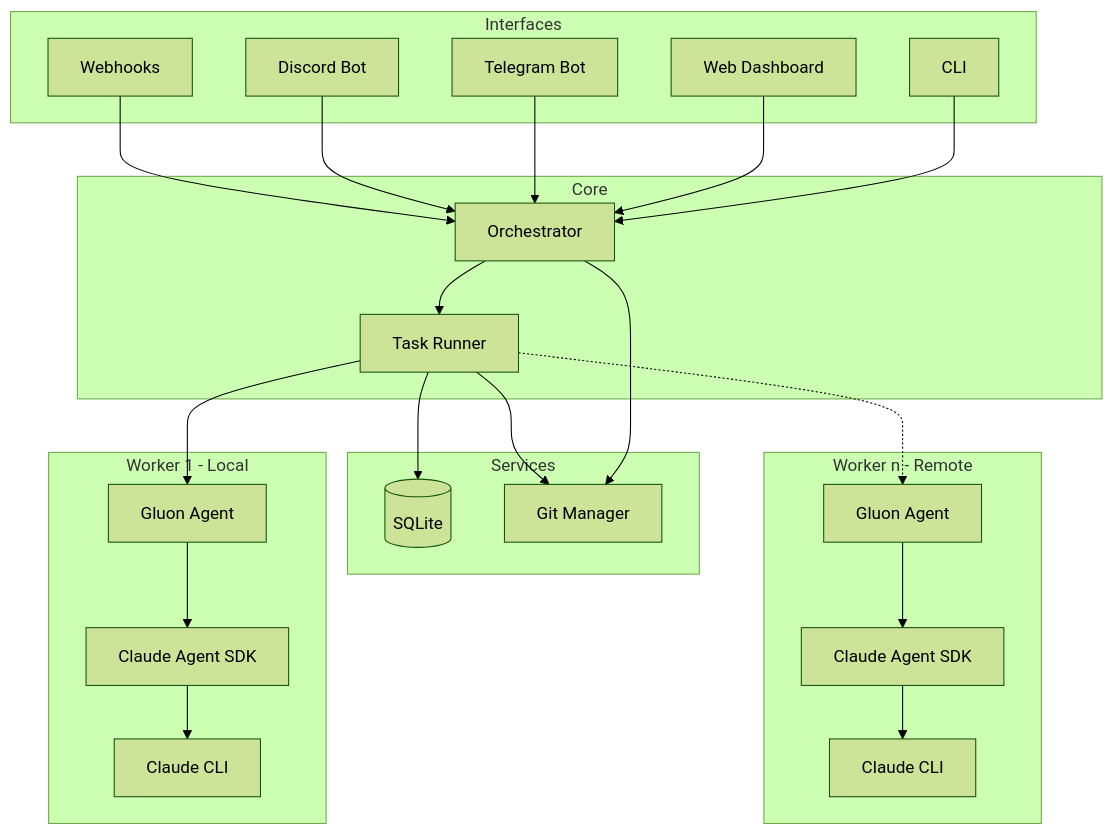
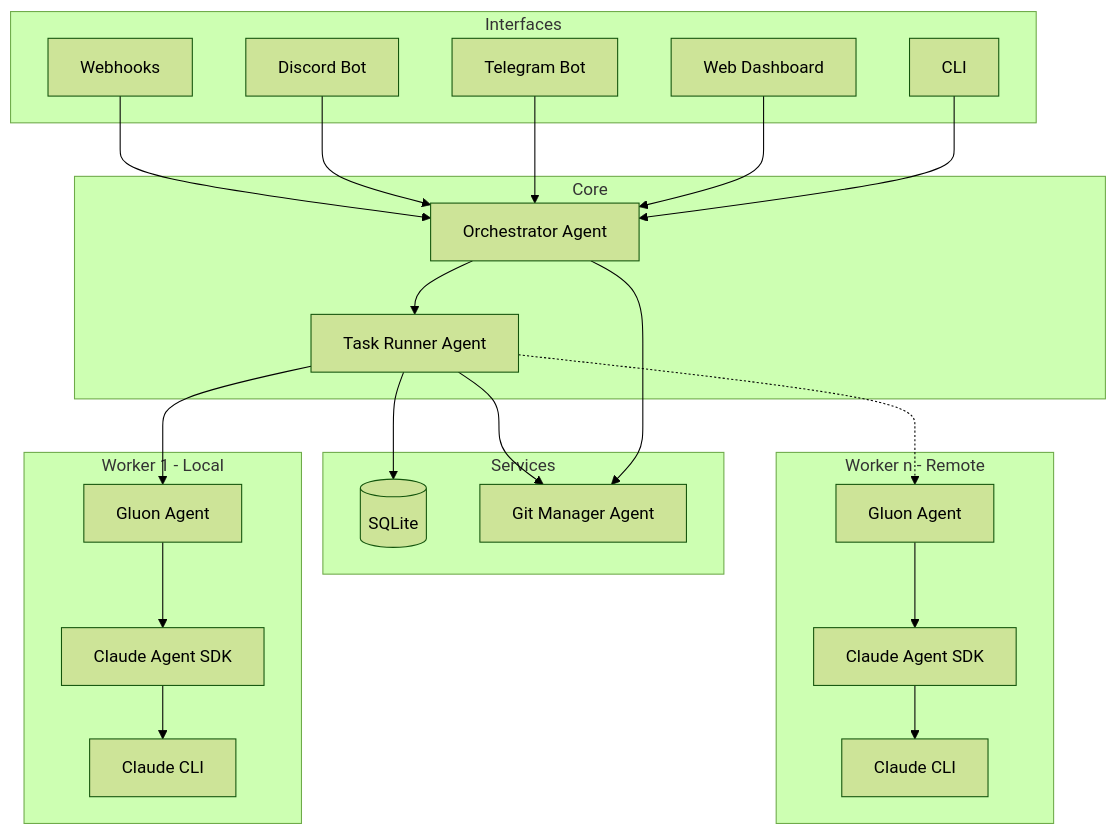
The diagram in README.md (carrotly-ai/gluon-agent), drawn with Mermaid (forest theme) before and after one commit.

Commit message:
docs: add Agent suffix to core component labels
- Orchestrator → Orchestrator Agent
- Task Runner → Task Runner Agent
- Git Manager → Git Manager Agent

🤖 Generated with [Claude Code](https://claude.com/claude-code)

````diff
--- a/README.md
+++ b/README.md
@@ -186,51 +186,51 @@
 ```mermaid
 graph TB
     subgraph Interfaces
         CLI[CLI]
         WEB[Web Dashboard]
         TG[Telegram Bot]
         DC[Discord Bot]
         WH[Webhooks]
     end
 
     subgraph Core
-        ORCH[Orchestrator]
-        RUNNER[Task Runner]
+        ORCH[Orchestrator Agent]
+        RUNNER[Task Runner Agent]
     end
 
     subgraph Services
         STORE[(SQLite)]
-        GIT[Git Manager]
+        GIT[Git Manager Agent]
     end
 
     subgraph Worker1 [Worker 1 - Local]
         AGENT1[Gluon Agent]
         SDK1[Claude Agent SDK]
         CLAUDE1[Claude CLI]
     end
 
     subgraph WorkerN [Worker n - Remote]
         AGENTN[Gluon Agent]
         SDKN[Claude Agent SDK]
         CLAUDEN[Claude CLI]
     end
 
     CLI --> ORCH
     WEB --> ORCH
     TG --> ORCH
     DC --> ORCH
     WH --> ORCH
 
     ORCH --> RUNNER
     ORCH --> GIT
     RUNNER --> STORE
     RUNNER --> GIT
     RUNNER --> AGENT1
     RUNNER -.-> AGENTN
 
     AGENT1 --> SDK1
     SDK1 --> CLAUDE1
 
     AGENTN --> SDKN
     SDKN --> CLAUDEN
 ```
````
